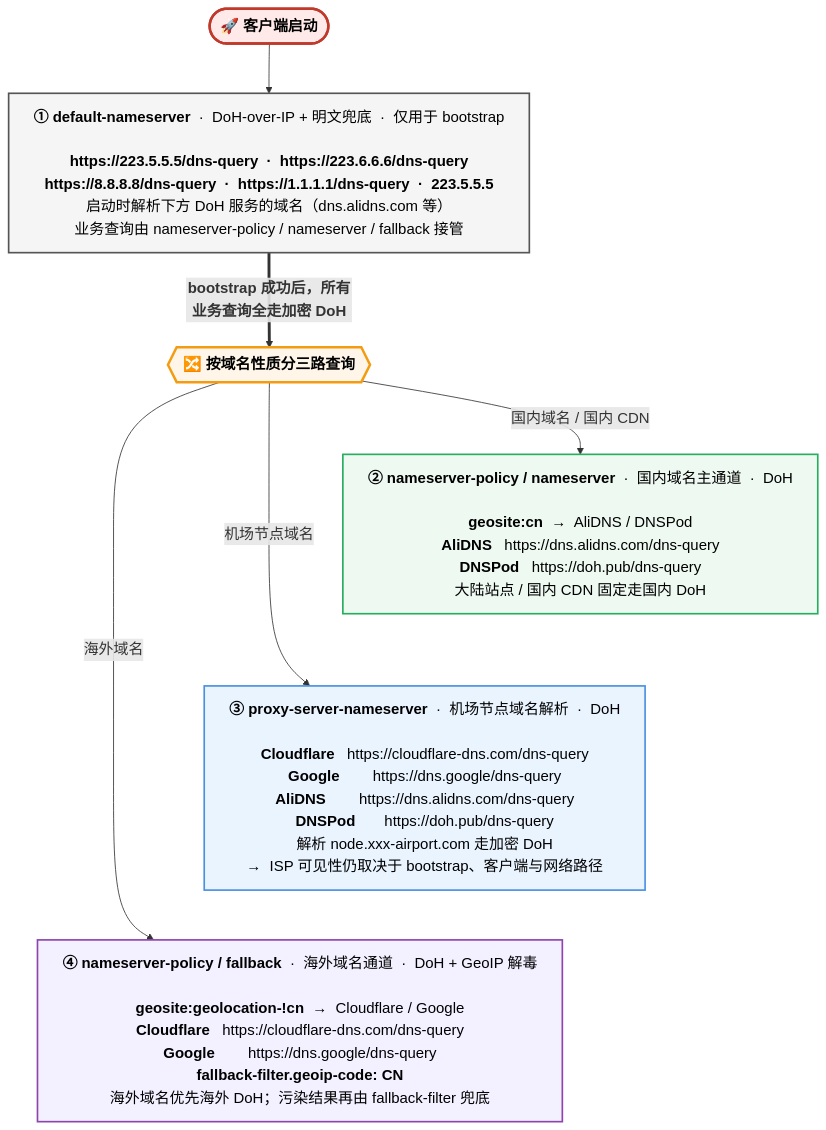
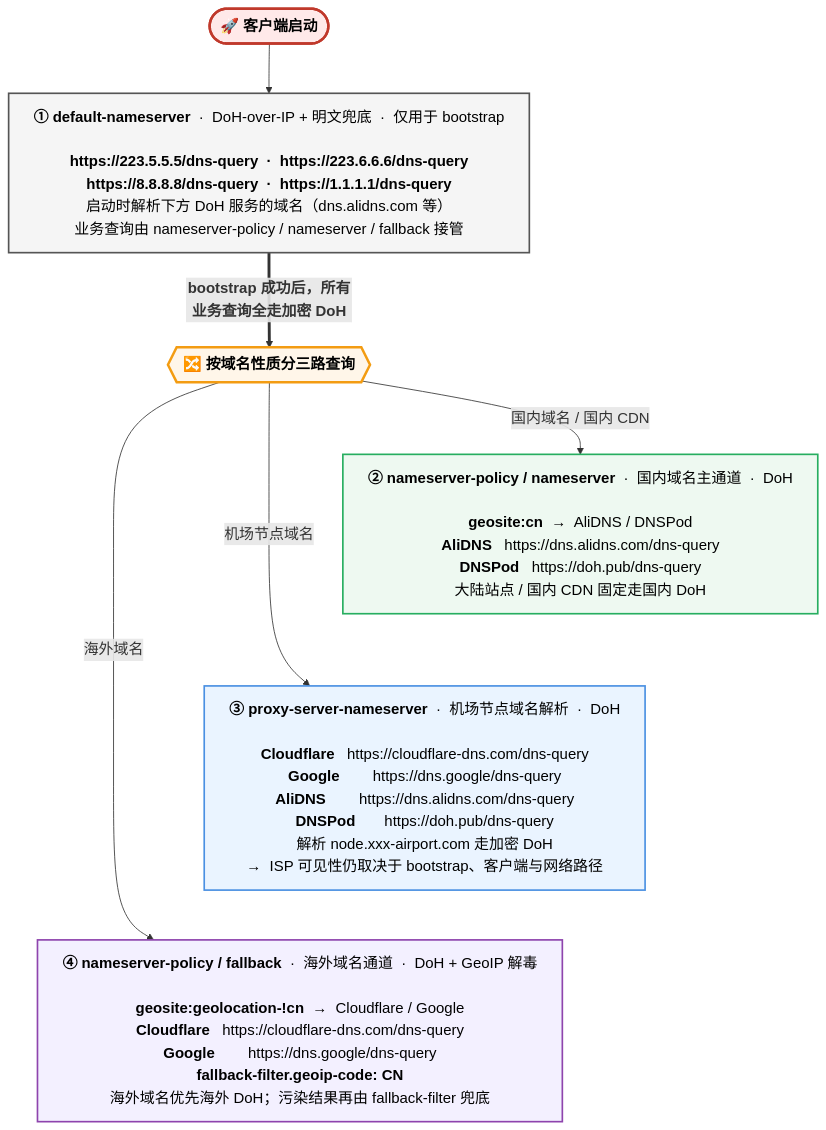
The third of 3 diagrams in README.md (ZhuoHanWang/Smart-Config-Kit), drawn with Mermaid before and after one commit.

````diff
--- a/README.md
+++ b/README.md
@@ -208,39 +208,39 @@
 ```mermaid
 ---
 config:
   flowchart:
     htmlLabels: true
     wrappingWidth: 1000
     nodeSpacing: 50
     rankSpacing: 60
   themeVariables:
     fontSize: 18px
 ---
 flowchart TB
     Start(["<b>🚀 客户端启动</b>"])
 
-    L1["<b>① default-nameserver</b> &nbsp;·&nbsp; DoH-over-IP + 明文兜底 &nbsp;·&nbsp; 仅用于 bootstrap<br/><br/><b>https://223.5.5.5/dns-query &nbsp;·&nbsp; https://223.6.6.6/dns-query</b><br/><b>https://8.8.8.8/dns-query &nbsp;·&nbsp; https://1.1.1.1/dns-query &nbsp;·&nbsp; 223.5.5.5</b><br/>启动时解析下方 DoH 服务的域名（dns.alidns.com 等）<br/>业务查询由 nameserver-policy / nameserver / fallback 接管"]
+    L1["<b>① default-nameserver</b> &nbsp;·&nbsp; DoH-over-IP + 明文兜底 &nbsp;·&nbsp; 仅用于 bootstrap<br/><br/><b>https://223.5.5.5/dns-query &nbsp;·&nbsp; https://223.6.6.6/dns-query</b><br/><b>https://8.8.8.8/dns-query &nbsp;·&nbsp; https://1.1.1.1/dns-query </b><br/>启动时解析下方 DoH 服务的域名（dns.alidns.com 等）<br/>业务查询由 nameserver-policy / nameserver / fallback 接管"]
 
     Gate{{"<b>🔀 按域名性质分三路查询</b>"}}
 
     L2["<b>② nameserver-policy / nameserver</b> &nbsp;·&nbsp; 国内域名主通道 &nbsp;·&nbsp; DoH<br/><br/><b>geosite:cn</b> &nbsp;→&nbsp; AliDNS / DNSPod<br/><b>AliDNS</b> &nbsp; https://dns.alidns.com/dns-query<br/><b>DNSPod</b> &nbsp; https://doh.pub/dns-query<br/>大陆站点 / 国内 CDN 固定走国内 DoH"]
 
     L3["<b>③ proxy-server-nameserver</b> &nbsp;·&nbsp; 机场节点域名解析 &nbsp;·&nbsp; DoH<br/><br/><b>Cloudflare</b> &nbsp; https://cloudflare-dns.com/dns-query<br/><b>Google</b> &nbsp;&nbsp;&nbsp;&nbsp;&nbsp;&nbsp; https://dns.google/dns-query<br/><b>AliDNS</b> &nbsp;&nbsp;&nbsp;&nbsp;&nbsp;&nbsp; https://dns.alidns.com/dns-query<br/><b>DNSPod</b> &nbsp;&nbsp;&nbsp;&nbsp;&nbsp; https://doh.pub/dns-query<br/>解析 node.xxx-airport.com 走加密 DoH<br/>→&nbsp; ISP 可见性仍取决于 bootstrap、客户端与网络路径"]
 
     L4["<b>④ nameserver-policy / fallback</b> &nbsp;·&nbsp; 海外域名通道 &nbsp;·&nbsp; DoH + GeoIP 解毒<br/><br/><b>geosite:geolocation-!cn</b> &nbsp;→&nbsp; Cloudflare / Google<br/><b>Cloudflare</b> &nbsp; https://cloudflare-dns.com/dns-query<br/><b>Google</b> &nbsp;&nbsp;&nbsp;&nbsp;&nbsp;&nbsp; https://dns.google/dns-query<br/><b>fallback-filter.geoip-code: CN</b><br/>海外域名优先海外 DoH；污染结果再由 fallback-filter 兜底"]
 
     Start --> L1
     L1 ==>|"<b>bootstrap 成功后，所有业务查询全走加密 DoH</b>"| Gate
     Gate -->|"国内域名 / 国内 CDN"| L2
     Gate -->|"机场节点域名"| L3
     Gate -->|"海外域名"| L4
     L2 ~~~ L3
     L3 ~~~ L4
 
     style Start fill:#FFE9E9,stroke:#C0392B,stroke-width:3px,color:#000
     style L1 fill:#F5F5F5,stroke:#555,stroke-width:2px,color:#000
     style Gate fill:#FFF6E9,stroke:#F39C12,stroke-width:3px,color:#000
     style L2 fill:#EEF9F1,stroke:#27AE60,stroke-width:2px,color:#000
     style L3 fill:#EAF4FF,stroke:#4A90E2,stroke-width:2px,color:#000
     style L4 fill:#F3F0FF,stroke:#8E44AD,stroke-width:2px,color:#000
 ```
````
